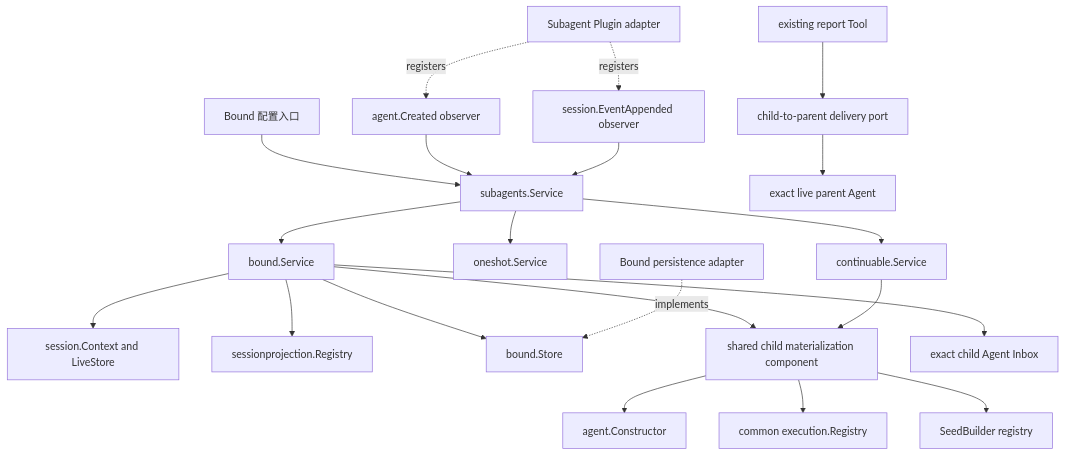
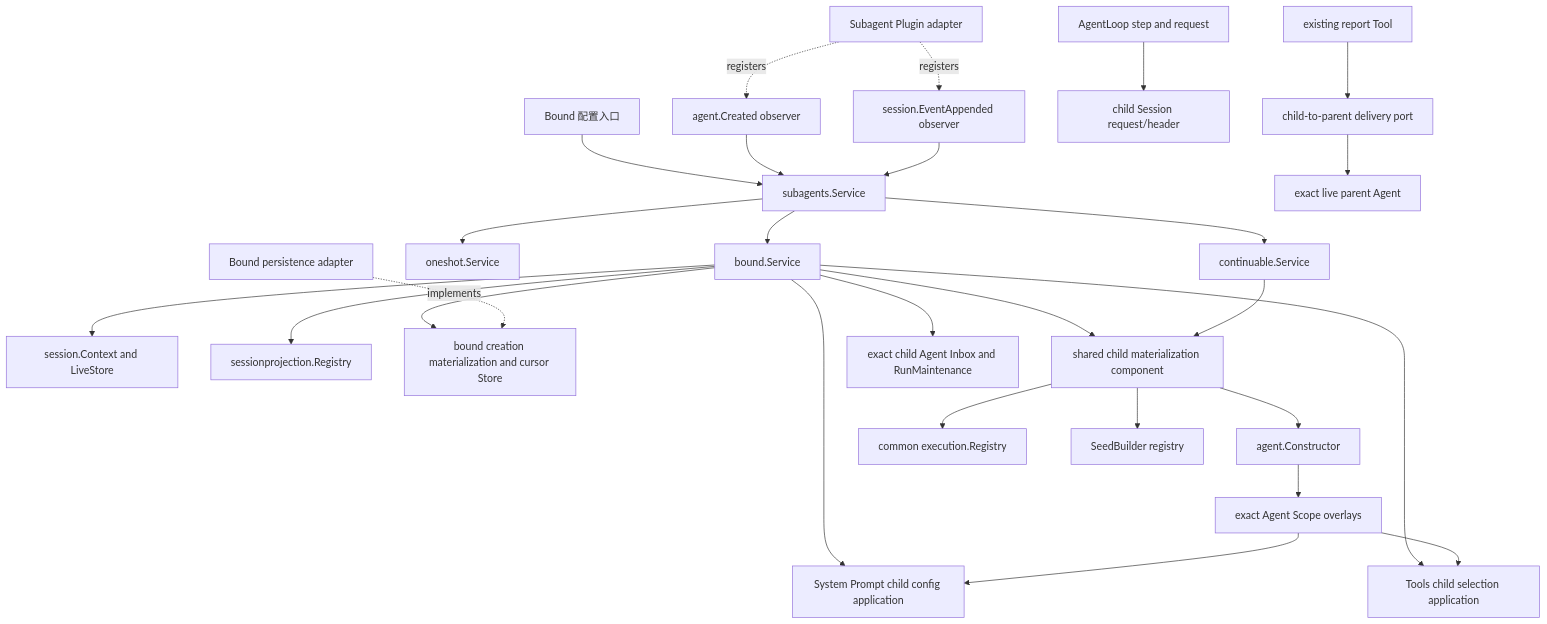
The first of 6 diagrams in subagent/docs/parent-bound-design.zh-CN.md (gorenx/goren), drawn with Mermaid before and after one commit. The commit also changed other lines of this file and 52 other files, not shown here.

````diff
--- a/subagent/docs/parent-bound-design.zh-CN.md
+++ b/subagent/docs/parent-bound-design.zh-CN.md
@@ -124,25 +124,31 @@
 ```mermaid
 flowchart TD
     Ingress[Bound 配置入口] --> Unified[subagents.Service]
     AgentObserver[agent.Created observer] --> Unified
     SessionObserver[session.EventAppended observer] --> Unified
     Unified --> Bound[bound.Service]
     Unified --> OneShot[oneshot.Service]
     Unified --> Continuable[continuable.Service]
 
     Bound --> Session[session.Context and LiveStore]
     Bound --> Projection[sessionprojection.Registry]
-    Bound --> Store[bound.Store]
+    Bound --> Store[bound creation materialization and cursor Store]
     Bound --> ChildMaterializer[shared child materialization component]
     Continuable --> ChildMaterializer
     ChildMaterializer --> Constructor[agent.Constructor]
+    Constructor --> AgentScope[exact Agent Scope overlays]
     ChildMaterializer --> Executions[common execution.Registry]
     ChildMaterializer --> Seeds[SeedBuilder registry]
-    Bound --> Agent[exact child Agent Inbox]
+    Bound --> Agent[exact child Agent Inbox and RunMaintenance]
+    Bound --> Prompt[System Prompt child config application]
+    Bound --> Tools[Tools child selection application]
+    AgentScope --> Prompt
+    AgentScope --> Tools
+    AgentLoop[AgentLoop step and request] --> RequestHeader[child Session request/header]
     Report[existing report Tool] --> ParentDelivery[child-to-parent delivery port]
     ParentDelivery --> Parent[exact live parent Agent]
 
     BoundAdapter[Bound persistence adapter] -. implements .-> Store
     PluginAdapter[Subagent Plugin adapter] -. registers .-> AgentObserver
     PluginAdapter -. registers .-> SessionObserver
 ```
````
